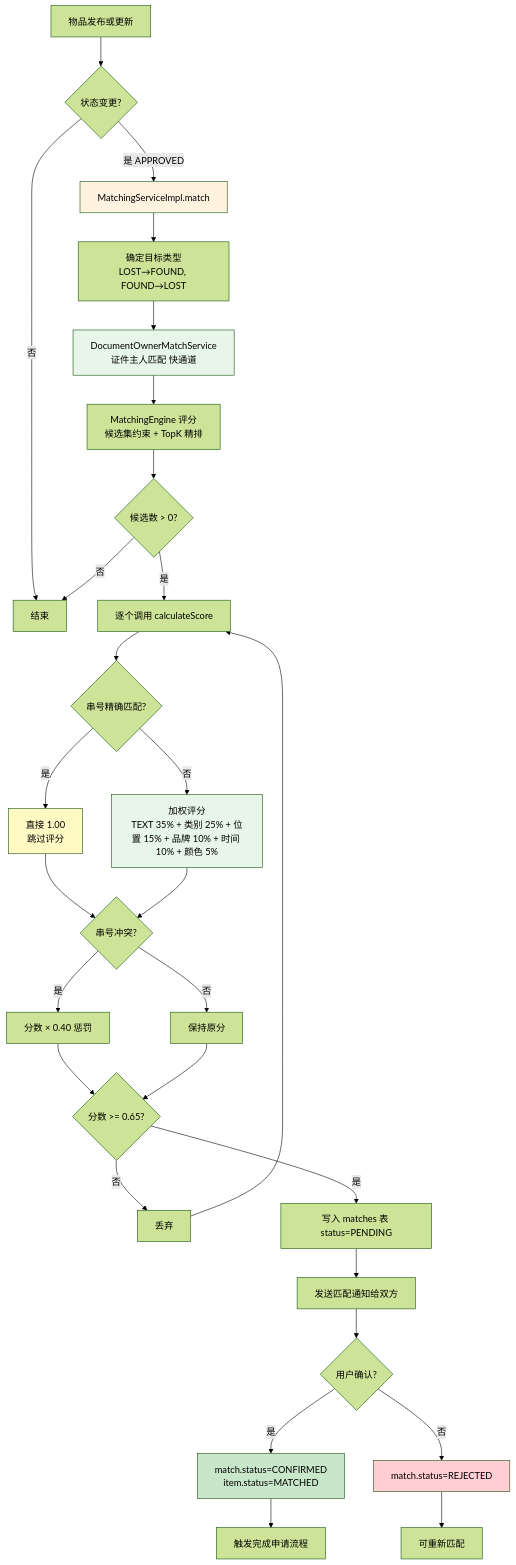
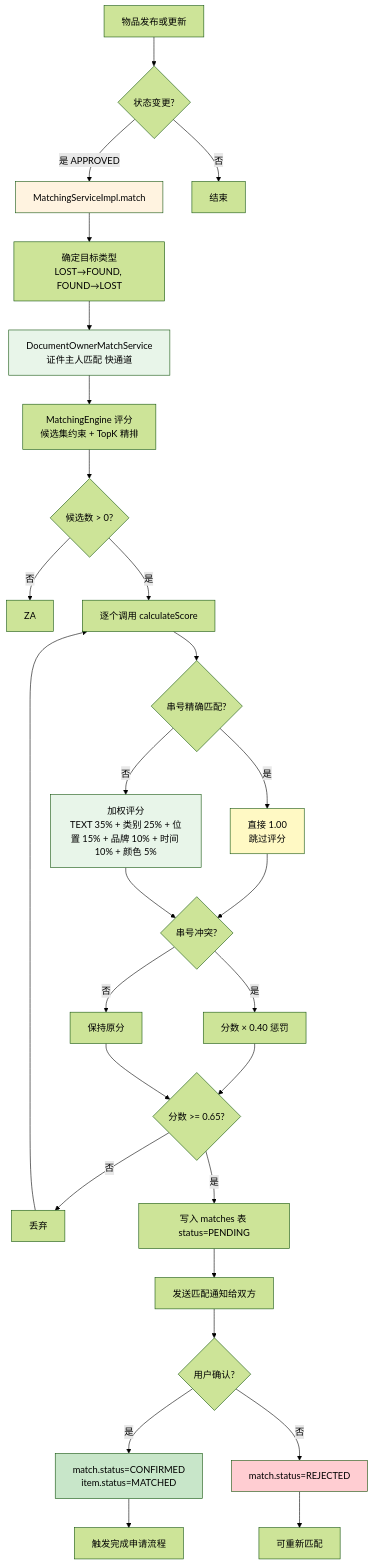
Diagram 11 of 30 in docs/项目图表.md (zwj-3193655211/campus-LostandFound), drawn with Mermaid (forest theme) before and after one commit.

Commit message:
docs: 更新匹配时序图和确认流程图，修正物品状态不变

````diff
--- a/docs/项目图表.md
+++ b/docs/项目图表.md
@@ -605,38 +605,38 @@
 ```mermaid
 flowchart TD
     A[物品发布或更新] --> B{状态变更?}
     B -->|是 APPROVED| C[MatchingServiceImpl.match]
     B -->|否| Z[结束]
 
     C --> D[确定目标类型<br/>LOST→FOUND, FOUND→LOST]
     D --> E[DocumentOwnerMatchService<br/>证件主人匹配 快通道]
     E --> E2[MatchingEngine 评分<br/>候选集约束 + TopK 精排]
     E2 --> F{候选数 > 0?}
 
-    F -->|否| Z
+    F -->|否| ZA
     F -->|是| G[逐个调用 calculateScore]
     G --> G1{串号精确匹配?}
     G1 -->|是| G2[直接 1.00<br/>跳过评分]
     G1 -->|否| H[加权评分<br/>TEXT 35% + 类别 25% + 位置 15% + 品牌 10% + 时间 10% + 颜色 5%]
     G2 --> I
     H --> I{串号冲突?}
     I -->|是| I2[分数 × 0.40 惩罚]
     I -->|否| I3[保持原分]
     I2 --> J
     I3 --> J{分数 >= 0.65?}
     J -->|否| K[丢弃] --> G
     J -->|是| L[写入 matches 表 status=PENDING]
     L --> M[发送匹配通知给双方]
     M --> N{用户确认?}
     N -->|是| O[match.status=CONFIRMED<br/>item.status=MATCHED]
     N -->|否| P[match.status=REJECTED]
     O --> Q[触发完成申请流程]
     P --> R[可重新匹配]
 
     style C fill:#fff3e0
     style E fill:#e8f5e9
     style H fill:#e8f5e9
     style G2 fill:#fff9c4
     style O fill:#c8e6c9
     style P fill:#ffcdd2
 ```
````
